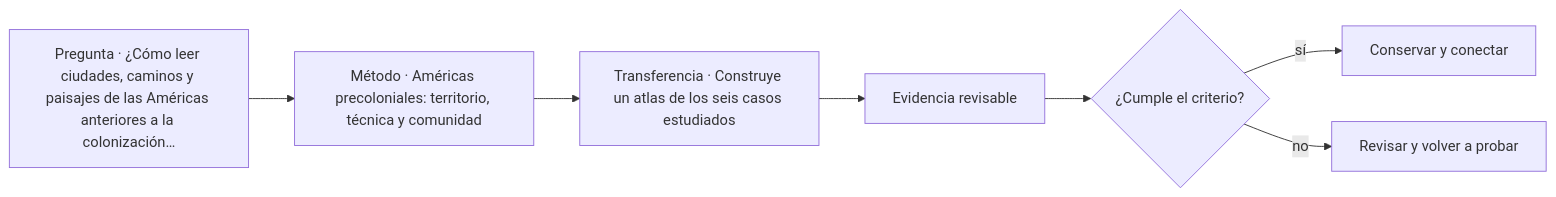
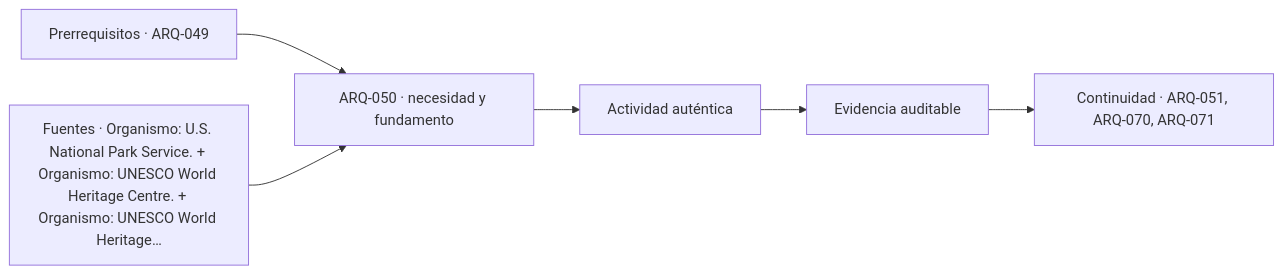
Before and after one commit to vladimiracunadev-create/architecture-built-environment-learning-program: the diagram in classes/parte-05/ARQ-050.md, drawn with Mermaid. The commit also changed other lines of this file and 761 other files, not shown here.

````diff
--- a/classes/parte-05/ARQ-050.md
+++ b/classes/parte-05/ARQ-050.md
@@ -117,9 +129,8 @@
 ```mermaid
 flowchart LR
-    Q["Pregunta · ¿Cómo leer ciudades, caminos y paisajes de las Américas anteriores a la colonización…"] --> M["Método · Américas precoloniales: territorio, técnica y comunidad"]
-    M --> P["Transferencia · Construye un atlas de los seis casos estudiados"]
-    P --> E["Evidencia revisable"]
-    E --> C{"¿Cumple el criterio?"}
-    C -->|sí| T["Conservar y conectar"]
-    C -->|no| R["Revisar y volver a probar"]
+    A["Prerrequisitos · ARQ-049"] --> B["ARQ-050 · necesidad y fundamento"]
+    S["Fuentes · Organismo: U.S. National Park Service. + Organismo: UNESCO World Heritage Centre. + Organismo: UNESCO World Heritage…"] --> B
+    B --> C["Actividad auténtica"]
+    C --> D["Evidencia auditable"]
+    D --> E["Continuidad · ARQ-051, ARQ-070, ARQ-071"]
 ```
````
